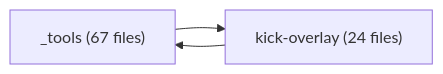
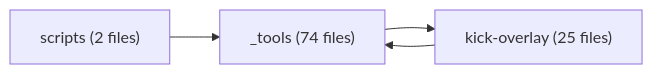
Before and after one commit to mateusant13/kick-youtube-overlay-for-twitch-with-adblock: the diagram in features/INDEX.md, drawn with Mermaid. The commit also changed other lines of this file and 4 other files, not shown here.

````diff
--- a/features/INDEX.md
+++ b/features/INDEX.md
@@ -15,7 +16,9 @@
 ```mermaid
 flowchart LR
-  _tools["_tools (67 files)"]
-  kick_overlay["kick-overlay (24 files)"]
+  _tools["_tools (74 files)"]
+  kick_overlay["kick-overlay (25 files)"]
+  scripts["scripts (2 files)"]
   _tools --> kick_overlay
   kick_overlay --> _tools
+  scripts --> _tools
 ```
````
